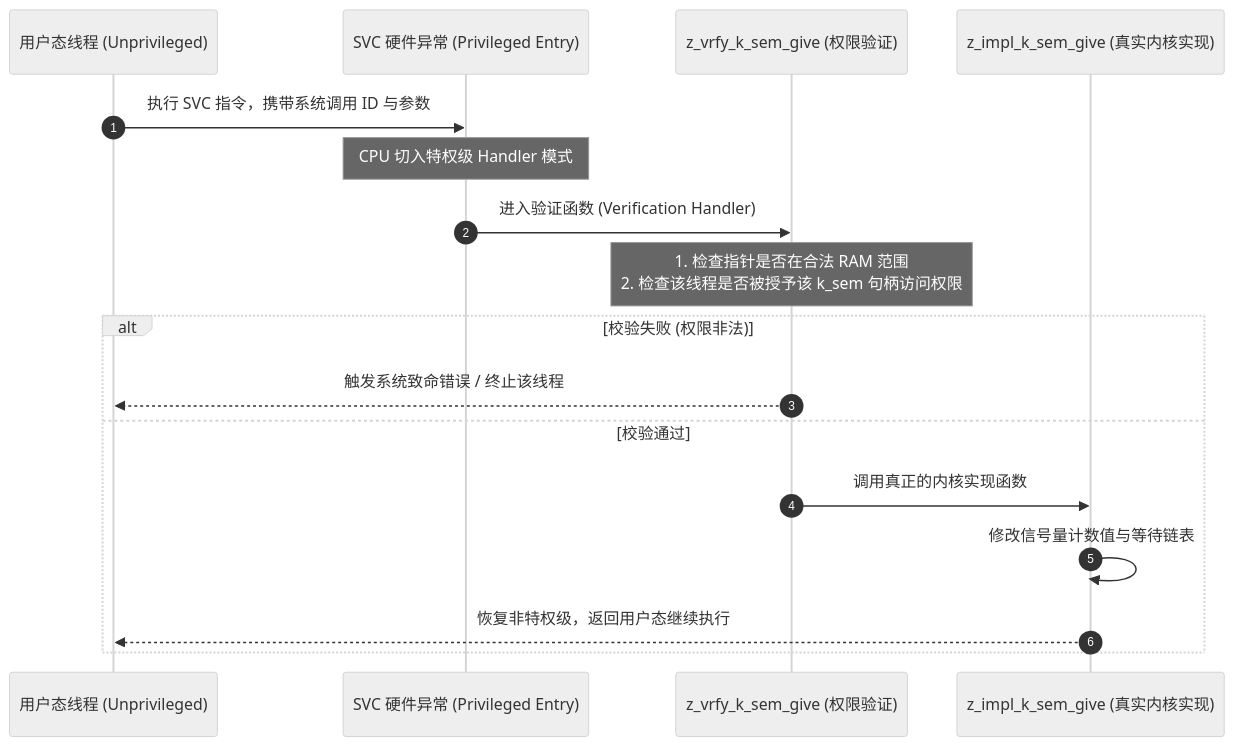
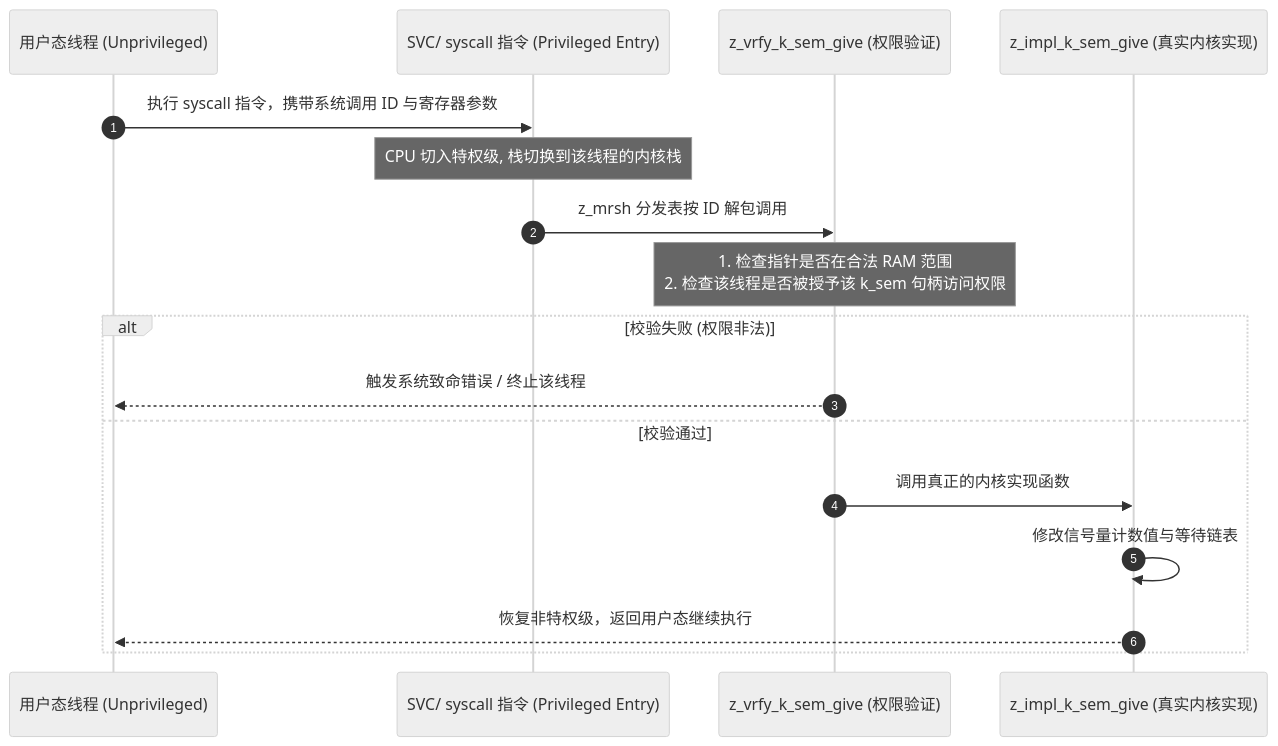
One commit to YvainZhang/YvainZhang.github.io changed the second of 3 diagrams in RTOS/03-Zephyr-Deep-Dive/06-memory-protection-userspace-syscall.md. Above: the diagram before and after it, drawn with Mermaid (neutral theme). The commit also changed other lines of this file and 44 other files, not shown here.

````diff
--- a/RTOS/03-Zephyr-Deep-Dive/06-memory-protection-userspace-syscall.md
+++ b/RTOS/03-Zephyr-Deep-Dive/06-memory-protection-userspace-syscall.md
@@ -35,20 +37,20 @@
 ```mermaid
 sequenceDiagram
     autonumber
     participant User as 用户态线程 (Unprivileged)
-    participant SVC as SVC 硬件异常 (Privileged Entry)
+    participant SVC as SVC/ syscall 指令 (Privileged Entry)
     participant Handler as z_vrfy_k_sem_give (权限验证)
     participant Core as z_impl_k_sem_give (真实内核实现)
 
-    User->>SVC: 执行 SVC 指令，携带系统调用 ID 与参数
-    Note over SVC: CPU 切入特权级 Handler 模式
-    SVC->>Handler: 进入验证函数 (Verification Handler)
+    User->>SVC: 执行 syscall 指令，携带系统调用 ID 与寄存器参数
+    Note over SVC: CPU 切入特权级, 栈切换到该线程的内核栈
+    SVC->>Handler: z_mrsh 分发表按 ID 解包调用
     Note over Handler: 1. 检查指针是否在合法 RAM 范围<br/>2. 检查该线程是否被授予该 k_sem 句柄访问权限
     alt 校验失败 (权限非法)
         Handler-->>User: 触发系统致命错误 / 终止该线程
     else 校验通过
         Handler->>Core: 调用真正的内核实现函数
         Core->>Core: 修改信号量计数值与等待链表
         Core-->>User: 恢复非特权级，返回用户态继续执行
     end
 ```
````
